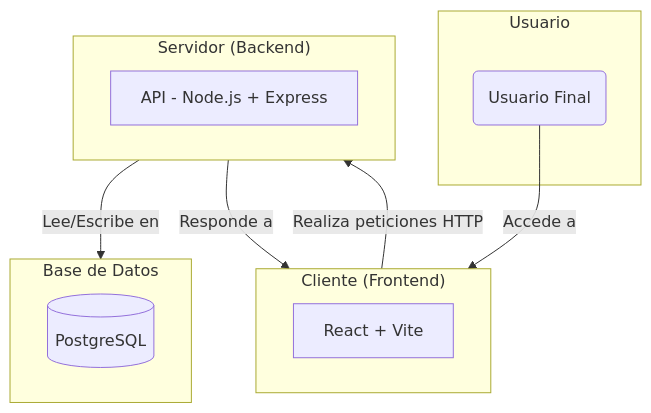
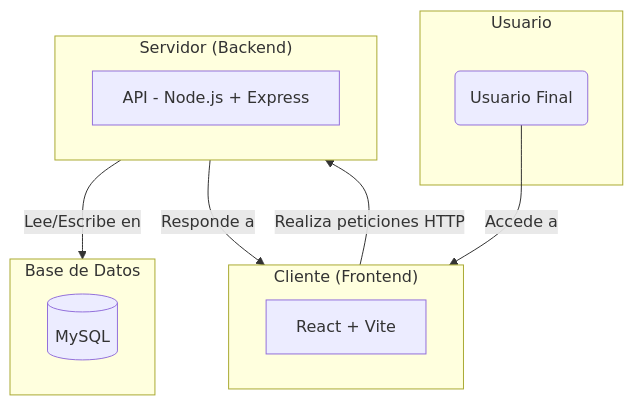
The diagram in docs/architecture.mmd (BrayanYinLin/estaciona-ya), drawn with Mermaid before and after one commit. The commit also changed 1 other file, not shown here.

Commit message:
fix: architecture

```diff
--- a/docs/architecture.mmd
+++ b/docs/architecture.mmd
@@ -1,24 +1,24 @@
 graph TD
     subgraph "Usuario"
         U(Usuario Final)
     end
 
     subgraph "Cliente (Frontend)"
         direction LR
         C["React + Vite"]
     end
 
     subgraph "Servidor (Backend)"
         direction LR
         A["API - Node.js + Express"]
     end
 
     subgraph "Base de Datos"
         direction LR
-        DB[(PostgreSQL)]
+        DB[(MySQL)]
     end
 
     U -->|Accede a| C
     C -->|"Realiza peticiones HTTP"| A
     A -->|"Lee/Escribe en"| DB
     A -->|"Responde a"| C
```
